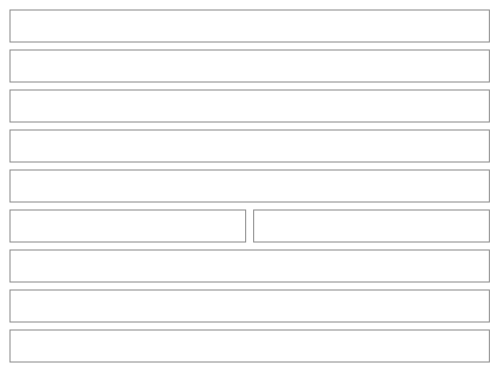
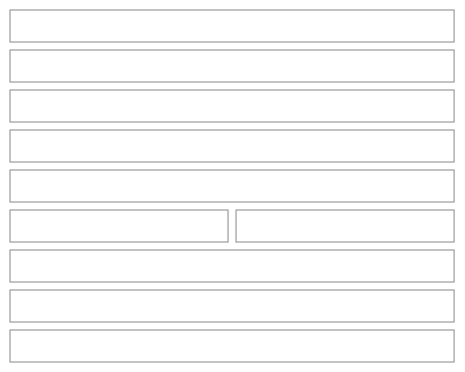
One commit to NovaMoonX/moondreams-dev-apps changed diagram 22 of 48 in src/apps/pinch/UX.md. Above: the diagram before and after it, drawn with Mermaid. The commit also changed other lines of this file and 1 other file, not shown here.

Commit message:
A tweak's heading and field read the same everywhere
The note sheet said 'Changed on October 6 at 2:00 PM' where the drawer says 'Changed on Oct 6', and asked 'Why you changed it' where the recipe form asks 'What changed and why?'. Both use the drawer's short date and the form's label.

Claude-Session: https://claude.ai/code/session_01NE8guFQARSK2GecRYgGbyy

````diff
--- a/src/apps/pinch/UX.md
+++ b/src/apps/pinch/UX.md
@@ -740,25 +740,25 @@
 ```mermaid
 %%{init: {'theme': 'base', 'themeVariables': {'primaryColor': 'transparent', 'primaryBorderColor': '#888888', 'primaryTextColor': '#333333', 'lineColor': '#888888'}}}%%
 block-beta
   columns 2
   W1["Note"]:2
   W2["Your note · a text box, focused once the sheet has settled"]:2
   W3["Is this about a time you cooked it?"]:2
   W4["No, just a note · Oct 11 · Oct 5 · Sep 27 · Sep 20"]:2
   W5["Write a note to save."]:2
   W6["Cancel"]:1
   W7["Save"]:1
-  E1["Editing: Note from October 14 at 2:15 AM · after cooking on Oct 5"]:2
+  E1["Editing: Note from Oct 14 · after cooking on Oct 5"]:2
   E2["Your note (the words only) · Update the recipe from this note"]:2
   E3["🗑  Cancel  Save"]:2
   style W1 fill:transparent,stroke:#888888,stroke-width:1px;
   style W2 fill:transparent,stroke:#888888,stroke-width:1px;
   style W3 fill:transparent,stroke:#888888,stroke-width:1px;
   style W4 fill:transparent,stroke:#888888,stroke-width:1px;
   style W5 fill:transparent,stroke:#888888,stroke-width:1px;
   style W6 fill:transparent,stroke:#888888,stroke-width:1px;
   style W7 fill:transparent,stroke:#888888,stroke-width:1px;
   style E1 fill:transparent,stroke:#888888,stroke-width:1px;
   style E2 fill:transparent,stroke:#888888,stroke-width:1px;
   style E3 fill:transparent,stroke:#888888,stroke-width:1px;
 ```
````
